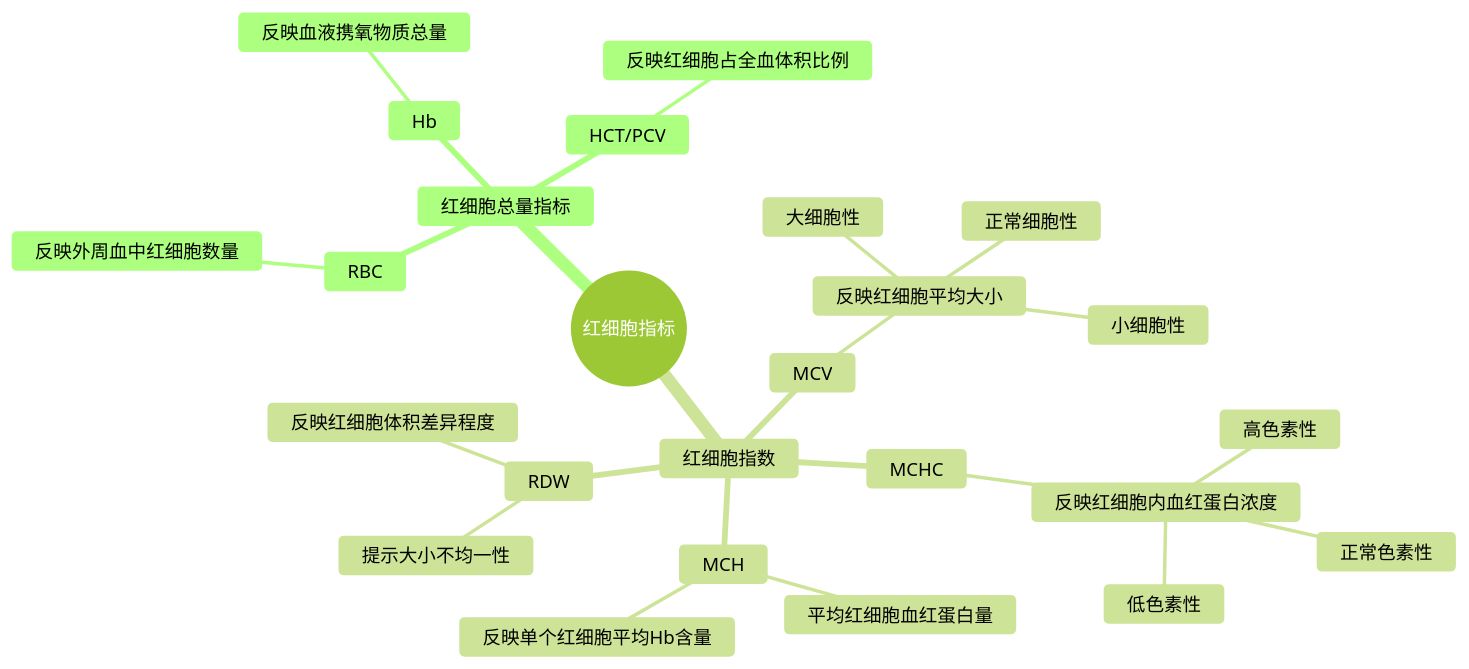
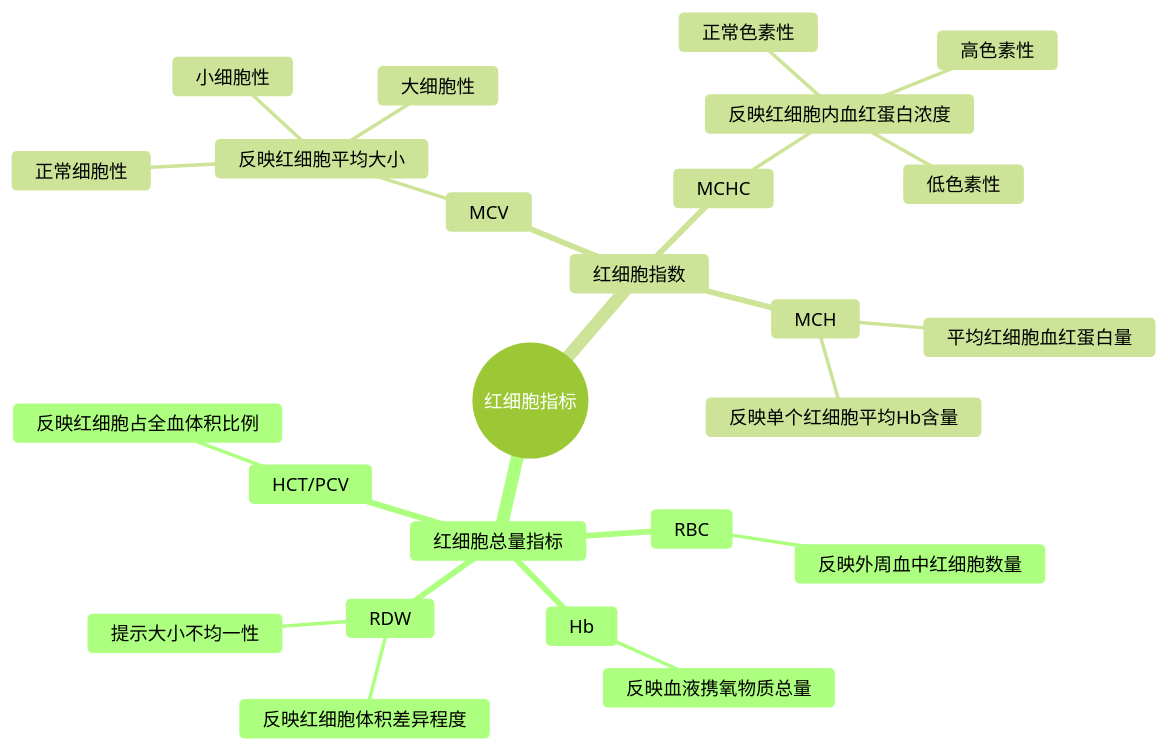
Before and after one commit to Raymon-Lyu/Veterinary-Medicine: the diagram in 兽医诊断学/血常规/红细胞指标.md, drawn with Mermaid (forest theme). The commit also changed other lines of this file and 2 other files, not shown here.

````diff
--- a/兽医诊断学/血常规/红细胞指标.md
+++ b/兽医诊断学/血常规/红细胞指标.md
@@ -32,29 +32,29 @@
 ```mermaid
 mindmap
   root((红细胞指标))
     红细胞总量指标
       RBC
         反映外周血中红细胞数量
       Hb
         反映血液携氧物质总量
       HCT/PCV
         反映红细胞占全血体积比例
+      RDW
+        反映红细胞体积差异程度
+        提示大小不均一性
 
     红细胞指数
       MCV
         反映红细胞平均大小
 	        正常细胞性
 	        大细胞性
 	        小细胞性
       MCHC
         反映红细胞内血红蛋白浓度
 	        正常色素性
 	        低色素性
 	        高色素性
       MCH
         平均红细胞血红蛋白量
         反映单个红细胞平均Hb含量
-      RDW
-        反映红细胞体积差异程度
-        提示大小不均一性
 ```
````
